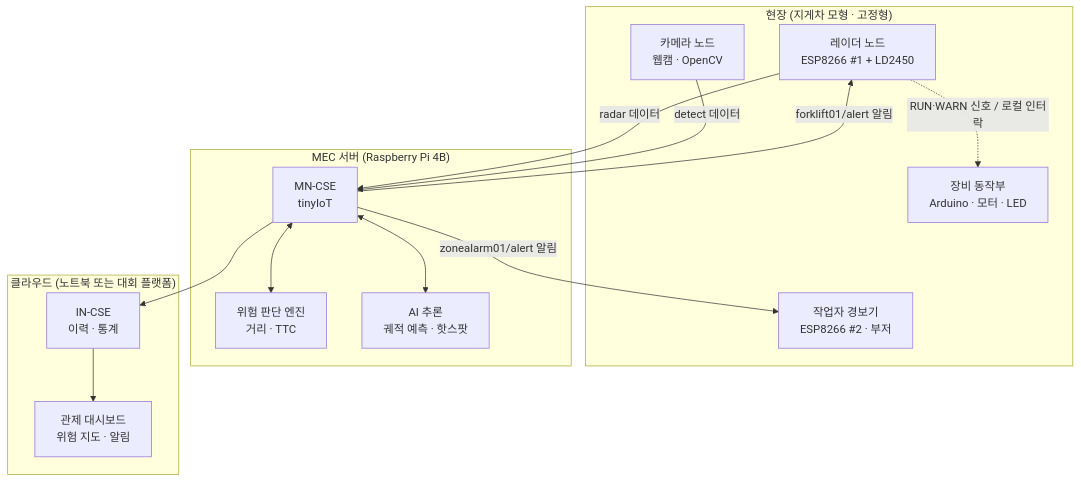
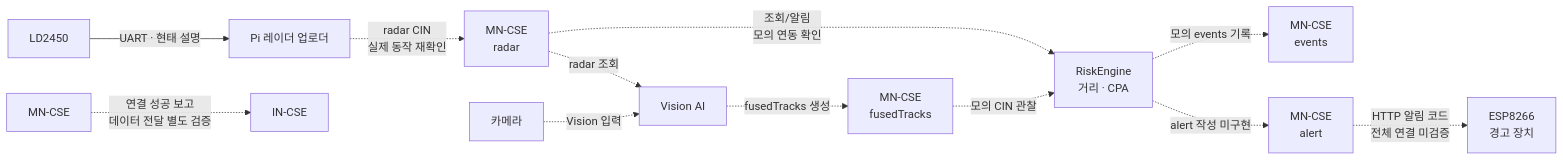
The diagram in README.md (extra-7ex/Sejong_4IoT_OneM2M), drawn with Mermaid before and after one commit. The commit also changed other lines of this file and 1 other file, not shown here.

````diff
--- a/README.md
+++ b/README.md
@@ -29,29 +33,14 @@
 ```mermaid
-flowchart TB
-  subgraph FIELD["현장 (지게차 모형 · 고정형)"]
-    RADAR["레이더 노드<br/>ESP8266 #1 + LD2450"]
-    ACT["장비 동작부<br/>Arduino · 모터 · LED"]
-    ALARM["작업자 경보기<br/>ESP8266 #2 · 부저"]
-    CAM["카메라 노드<br/>웹캠 · OpenCV"]
-  end
-
-  subgraph MEC["MEC 서버 (Raspberry Pi 4B)"]
-    CSE["MN-CSE<br/>tinyIoT"]
-    ENGINE["위험 판단 엔진<br/>거리 · TTC"]
-    AI["AI 추론<br/>궤적 예측 · 핫스팟"]
-  end
-
-  subgraph CLOUD["클라우드 (노트북 또는 대회 플랫폼)"]
-    IN["IN-CSE<br/>이력 · 통계"]
-    DASH["관제 대시보드<br/>위험 지도 · 알림"]
-  end
-
-  RADAR -->|radar 데이터| CSE
-  CAM -->|detect 데이터| CSE
-  CSE <--> ENGINE
-  CSE <--> AI
-  CSE -->|forklift01/alert 알림| RADAR
-  CSE -->|zonealarm01/alert 알림| ALARM
-  RADAR -.->|RUN·WARN 신호 / 로컬 인터락| ACT
-  CSE --> IN --> DASH
+flowchart LR
+  LD["LD2450"] -- "UART · 현태 설명" --> UP["Pi 레이더 업로더"]
+  UP -. "radar CIN<br/>실제 동작 재확인" .-> RAD["MN-CSE<br/>radar"]
+  RAD -. "조회/알림<br/>모의 연동 확인" .-> ENGINE["RiskEngine<br/>거리 · CPA"]
+  ENGINE -. "모의 events 기록" .-> EVENTS["MN-CSE<br/>events"]
+  CAM["카메라"] -. "Vision 입력" .-> VISION["Vision AI"]
+  RAD -. "radar 조회" .-> VISION
+  VISION -. "fusedTracks 생성" .-> FUSED["MN-CSE<br/>fusedTracks"]
+  FUSED -. "모의 CIN 관찰" .-> ENGINE
+  ENGINE -. "alert 작성 미구현" .-> ALERT["MN-CSE<br/>alert"]
+  ALERT -. "HTTP 알림 코드<br/>전체 연결 미검증" .-> ESP["ESP8266<br/>경고 장치"]
+  MN["MN-CSE"] -. "연결 성공 보고<br/>데이터 전달 별도 검증" .-> IN["IN-CSE"]
 ```
````
